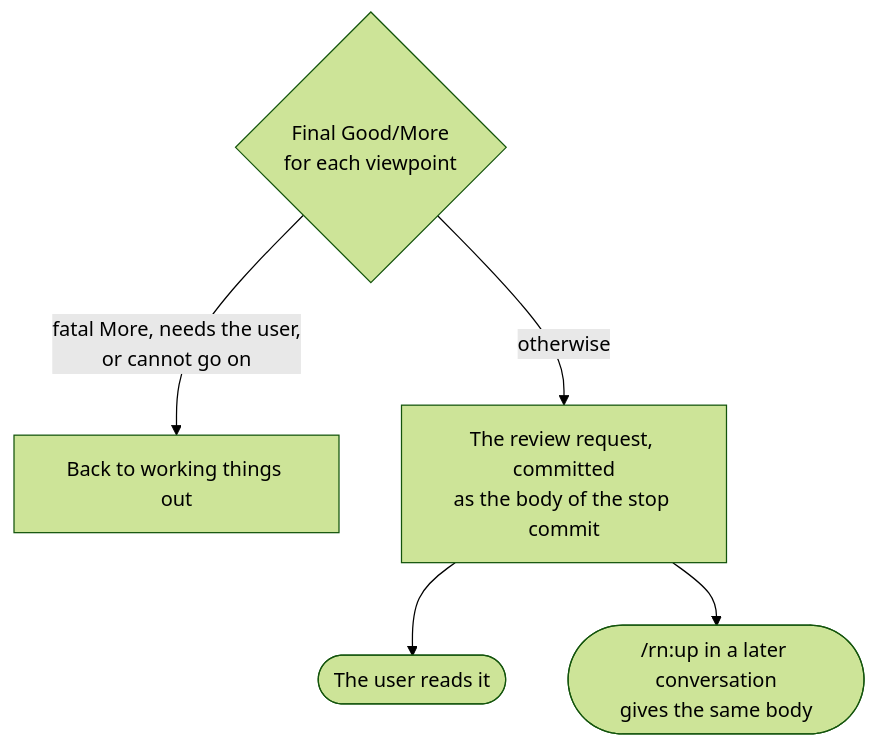
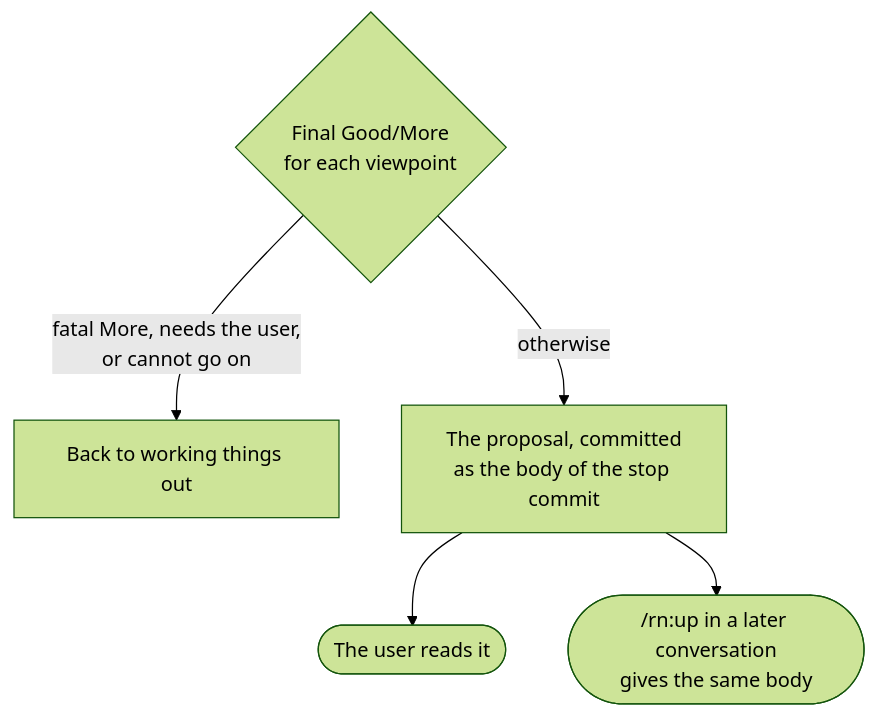
The fifth of 6 diagrams in rn/docs/design.md (lovaizu/ccpm), drawn with Mermaid (forest theme) before and after one commit. The commit also changed other lines of this file and 1 other file, not shown here.

Commit message:
docs(rn): what rn gives at a sign-off is a proposal, not a review request

````diff
--- a/rn/docs/design.md
+++ b/rn/docs/design.md
@@ -249,12 +249,12 @@
 ```mermaid
 flowchart TD
     J{"Final Good/More<br/>for each viewpoint"}
     U["Back to working things out"]
-    R["The review request, committed<br/>as the body of the stop commit"]
+    R["The proposal, committed<br/>as the body of the stop commit"]
     P(["The user reads it"])
     L(["/rn:up in a later conversation<br/>gives the same body"])
     J -->|"fatal More, needs the user,<br/>or cannot go on"| U
     J -->|"otherwise"| R
     R --> P
     R --> L
 ```
````
